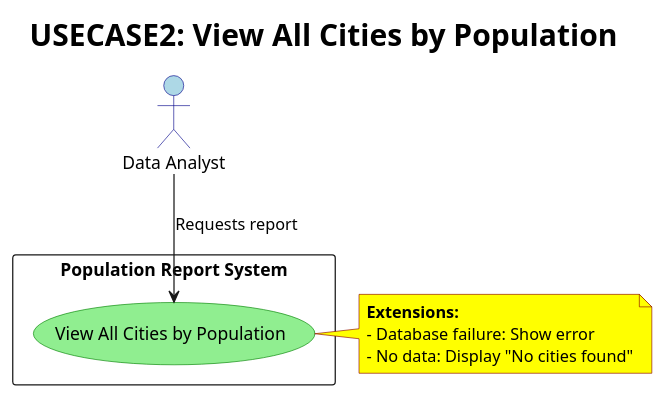
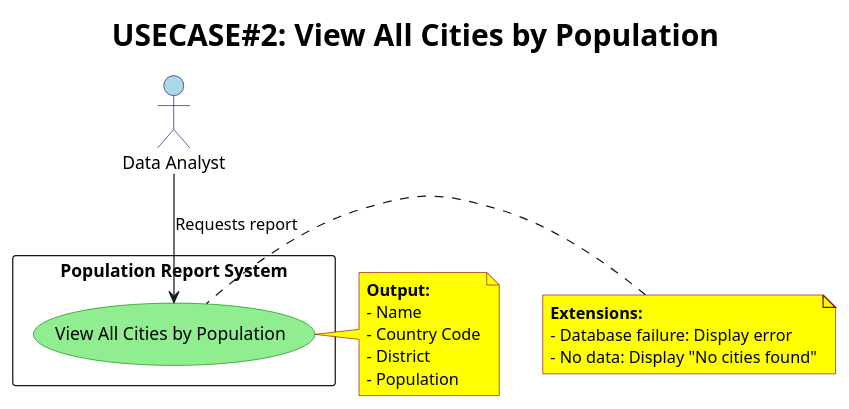
The diagram in use-cases/use-case-2.puml (Mawa-Jr/population-report-system), drawn with PlantUML before and after one commit.

Commit message:
Update use case diagram for viewing cities by population

```diff
--- a/use-cases/use-case-2.puml
+++ b/use-cases/use-case-2.puml
@@ -1,26 +1,28 @@
 @startuml
 skinparam actor {
   BorderColor DarkBlue
   BackgroundColor LightBlue
   FontSize 14
 }
 skinparam usecase {
   BorderColor Green
   BackgroundColor LightGreen
   FontSize 14
 }
 skinparam titleFontSize 24
 skinparam noteBackgroundColor Yellow
 skinparam noteBorderColor DarkRed
 
-title USECASE2: View All Cities by Population
+title USECASE#2: View All Cities by Population
 
 actor "Data Analyst" as User
 rectangle "Population Report System" {
   usecase "View All Cities by Population" as UC2
 }
 
 User --> UC2 : Requests report
 
-note RIGHT of UC2: **Extensions:**\n- Database failure: Show error\n- No data: Display "No cities found"
+note right of UC2 : **Output:**\n- Name\n- Country Code\n- District\n- Population
+
+note left of UC2 : **Extensions:**\n- Database failure: Display error\n- No data: Display "No cities found"
 @enduml
```
